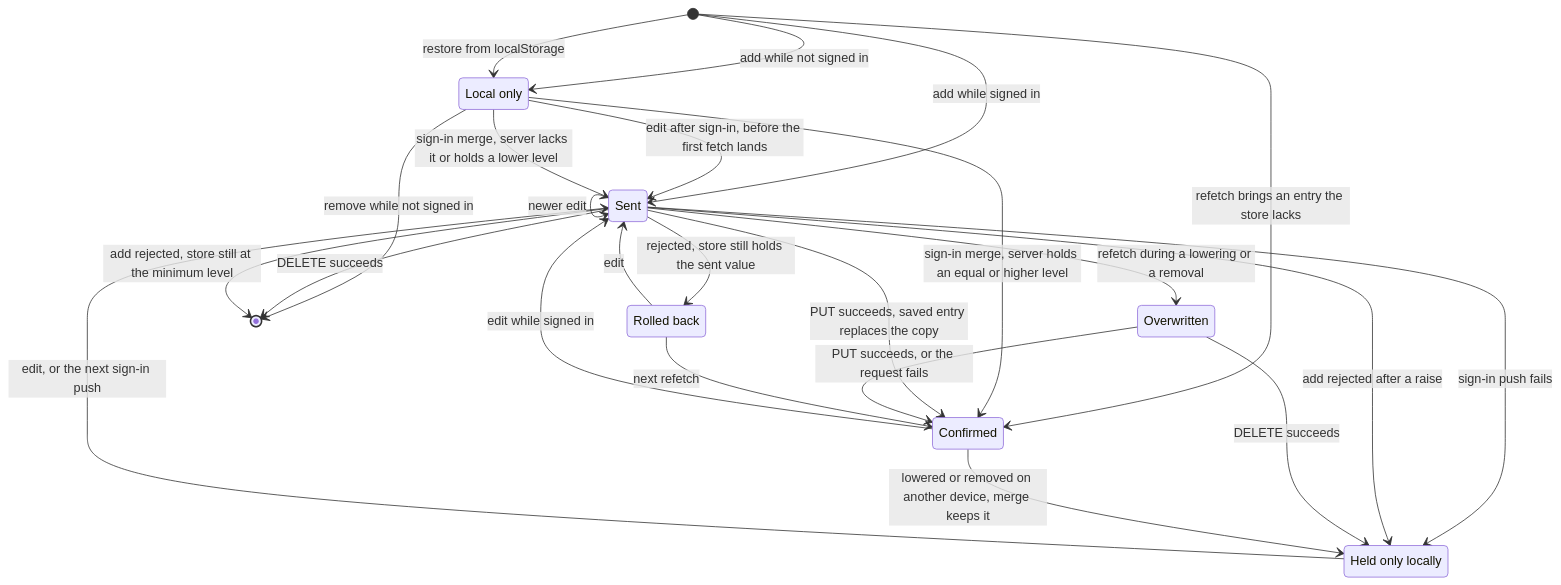
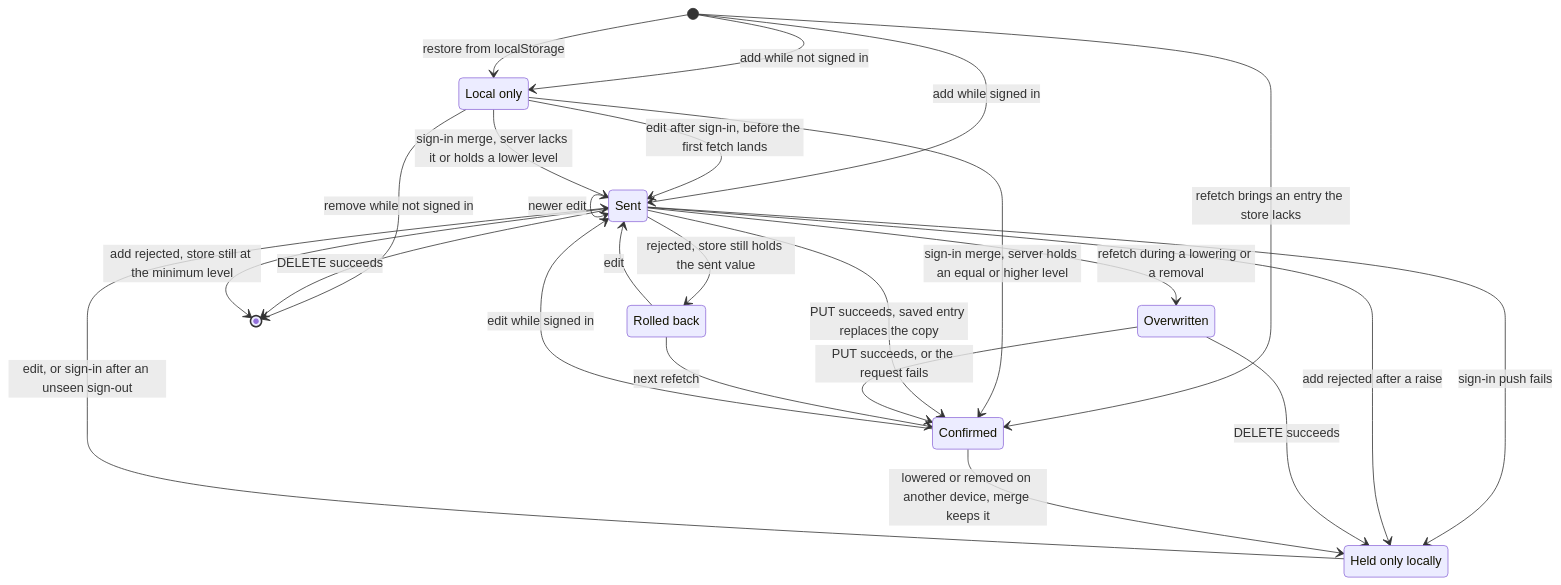
One commit to dungeon-studio/genshin.dungeon.studio changed the first of 3 diagrams in docs/reference/data-flow-lifecycles.md. Above: the diagram before and after it, drawn with Mermaid. The commit also changed other lines of this file and 2 other files, not shown here.

First line of the commit message:
docs: tighten the sign-in push record's prose

````diff
--- a/docs/reference/data-flow-lifecycles.md
+++ b/docs/reference/data-flow-lifecycles.md
@@ -45,30 +45,30 @@
 ```mermaid
 stateDiagram-v2
   state "Local only" as LocalOnly
   state "Rolled back" as RolledBack
   state "Held only locally" as HeldLocally
 
   [*] --> LocalOnly: add while not signed in
   [*] --> LocalOnly: restore from localStorage
   [*] --> Sent: add while signed in
   [*] --> Confirmed: refetch brings an entry the store lacks
   LocalOnly --> Sent: edit after sign-in, before the first fetch lands
   LocalOnly --> Sent: sign-in merge, server lacks it or holds a lower level
   LocalOnly --> Confirmed: sign-in merge, server holds an equal or higher level
   LocalOnly --> [*]: remove while not signed in
   Sent --> Sent: newer edit
   Sent --> Confirmed: PUT succeeds, saved entry replaces the copy
   Sent --> [*]: DELETE succeeds
   Sent --> [*]: add rejected, store still at the minimum level
   Sent --> RolledBack: rejected, store still holds the sent value
   Sent --> Overwritten: refetch during a lowering or a removal
   Sent --> HeldLocally: sign-in push fails
   Sent --> HeldLocally: add rejected after a raise
   Overwritten --> Confirmed: PUT succeeds, or the request fails
   Overwritten --> HeldLocally: DELETE succeeds
   Confirmed --> Sent: edit while signed in
   Confirmed --> HeldLocally: lowered or removed on another device, merge keeps it
-  HeldLocally --> Sent: edit, or the next sign-in push
+  HeldLocally --> Sent: edit, or sign-in after an unseen sign-out
   RolledBack --> Sent: edit
   RolledBack --> Confirmed: next refetch
 ```
````
